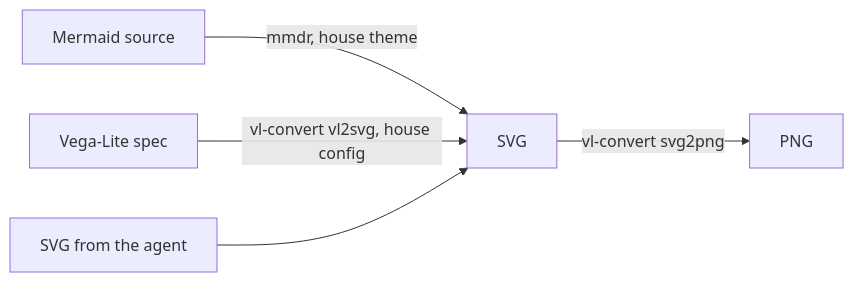
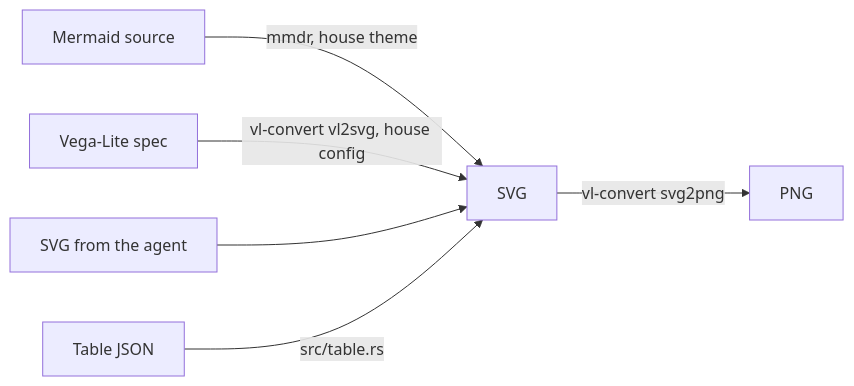
Before and after one commit to jomcgi-org/homelab: the diagram in projects/factory/discord/render/README.md, drawn with Mermaid. The commit also changed other lines of this file and 10 other files, not shown here.

````diff
--- a/projects/factory/discord/render/README.md
+++ b/projects/factory/discord/render/README.md
@@ -9,7 +9,8 @@
 ```mermaid
 flowchart LR
   M[Mermaid source] -->|mmdr, house theme| S[SVG]
   V[Vega-Lite spec] -->|vl-convert vl2svg, house config| S
   U[SVG from the agent] --> S
+  T[Table JSON] -->|src/table.rs| S
   S -->|vl-convert svg2png| P[PNG]
 ```
````
